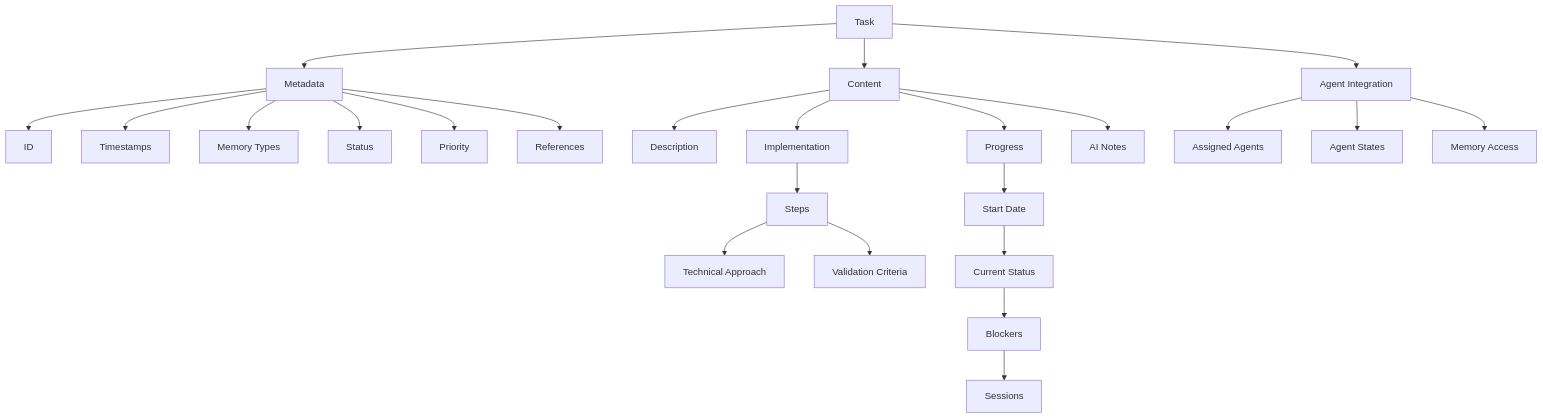
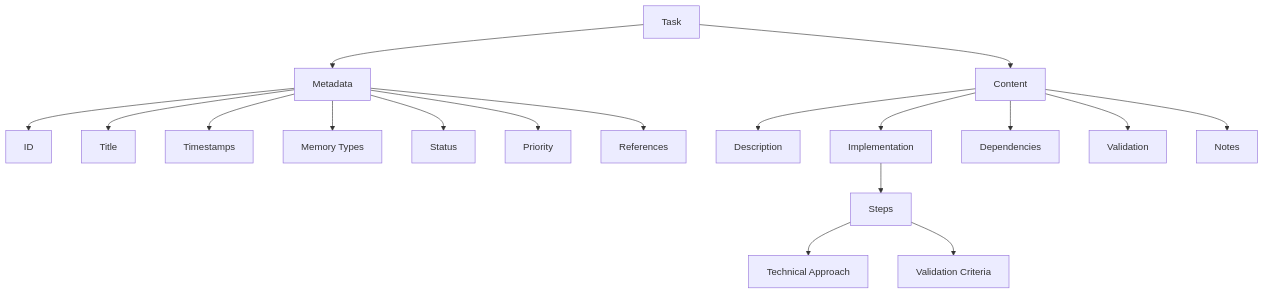
Before and after one commit to FixingPixels/Aegis: the diagram in docs/tasks.md, drawn with Mermaid. The commit also changed other lines of this file and 19 other files, not shown here.

````diff
--- a/docs/tasks.md
+++ b/docs/tasks.md
@@ -7,31 +7,23 @@
 ```mermaid
 graph TD
     A[Task] --> B[Metadata]
     A --> C[Content]
-    A --> D[Agent Integration]
     
     B --> B1[ID]
-    B --> B2[Timestamps]
-    B --> B3[Memory Types]
-    B --> B4[Status]
-    B --> B5[Priority]
-    B --> B6[References]
+    B --> B2[Title]
+    B --> B3[Timestamps]
+    B --> B4[Memory Types]
+    B --> B5[Status]
+    B --> B6[Priority]
+    B --> B7[References]
     
     C --> C1[Description]
     C --> C2[Implementation]
-    C --> C3[Progress]
-    C --> C4[AI Notes]
-    
-    D --> D1[Assigned Agents]
-    D --> D2[Agent States]
-    D --> D3[Memory Access]
+    C --> C3[Dependencies]
+    C --> C4[Validation]
+    C --> C5[Notes]
     
     C2 --> E1[Steps]
     E1 --> F1[Technical Approach]
     E1 --> F2[Validation Criteria]
-    
-    C3 --> G1[Start Date]
-    G1 --> H1[Current Status]
-    H1 --> H2[Blockers]
-    H2 --> H3[Sessions]
 ```
````
